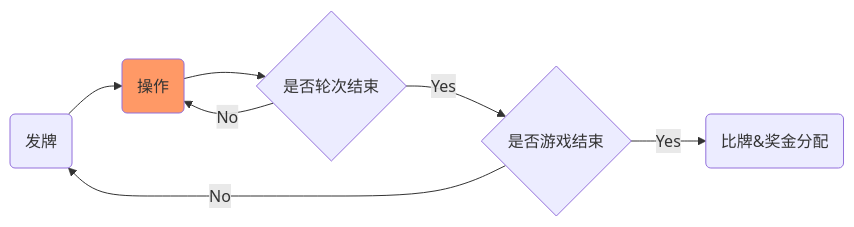
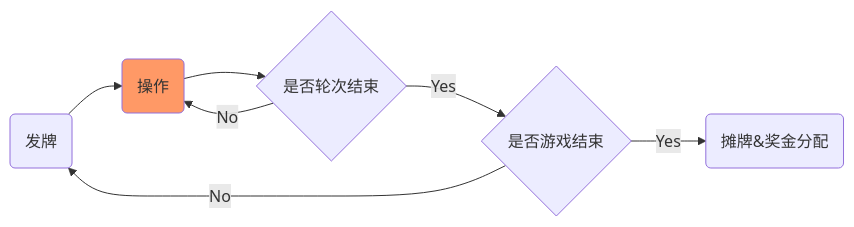
Before and after one commit to hukaeri/firenze: the diagram in holdem/德州扑克.md, drawn with Mermaid. The commit also changed other lines of this file and 30 other files, not shown here.

````diff
--- a/holdem/德州扑克.md
+++ b/holdem/德州扑克.md
@@ -90,11 +19,11 @@
 ```mermaid
 graph LR
   sys_send(发牌) -->user_operate(操作):::userClass
   user_operate-->sys_isRoundOver{是否轮次结束}
   sys_isRoundOver-->|Yes| sys_isGameOver{是否游戏结束}
   sys_isRoundOver-->|No| user_operate
-  sys_isGameOver-->|Yes| sys_comapre(比牌&奖金分配)
+  sys_isGameOver-->|Yes| sys_comapre(摊牌&奖金分配)
   sys_isGameOver-->|No| sys_send
 
   classDef userClass fill:#f96;
 ```
````
